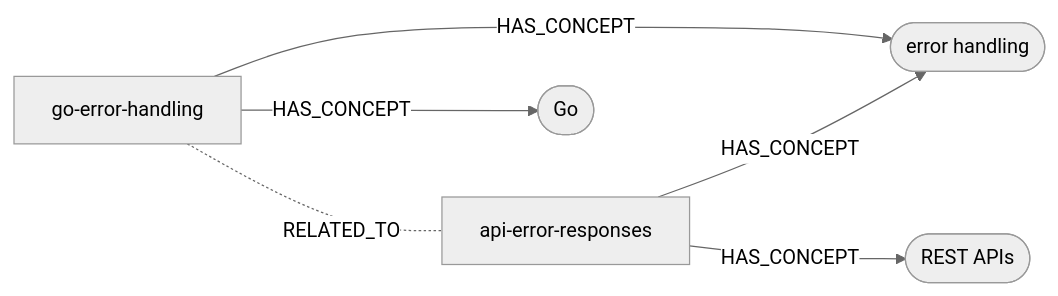
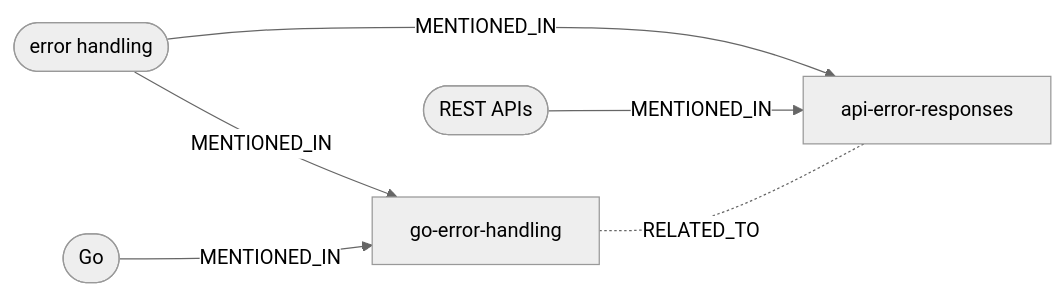
Before and after one commit to twistingmercury/mnemonic-docs: the third of 3 diagrams in docs/concept.md, drawn with Mermaid (neutral theme). The commit also changed other lines of this file and 41 other files, not shown here.

````diff
--- a/docs/concept.md
+++ b/docs/concept.md
@@ -105,8 +108,8 @@
 ```mermaid
 graph LR
-    P1["go-error-handling"] -->|HAS_CONCEPT| C1(["error handling"])
-    P2["api-error-responses"] -->|HAS_CONCEPT| C1
-    P1 -->|HAS_CONCEPT| C2(["Go"])
-    P2 -->|HAS_CONCEPT| C3(["REST APIs"])
+    C1(["error handling"]) -->|MENTIONED_IN| P1["go-error-handling"]
+    C1 -->|MENTIONED_IN| P2["api-error-responses"]
+    C2(["Go"]) -->|MENTIONED_IN| P1
+    C3(["REST APIs"]) -->|MENTIONED_IN| P2
     P1 -.-|RELATED_TO| P2
 ```
````
